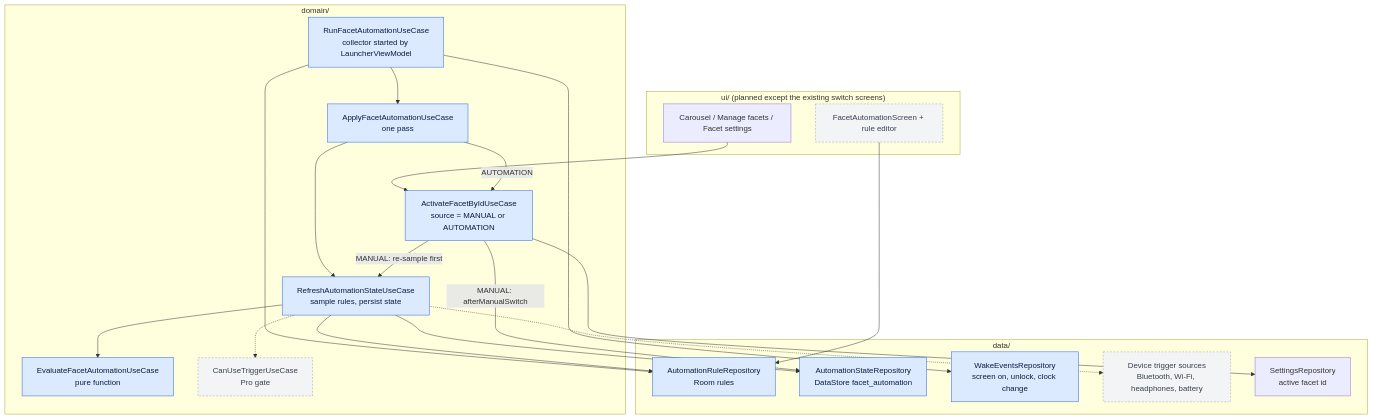
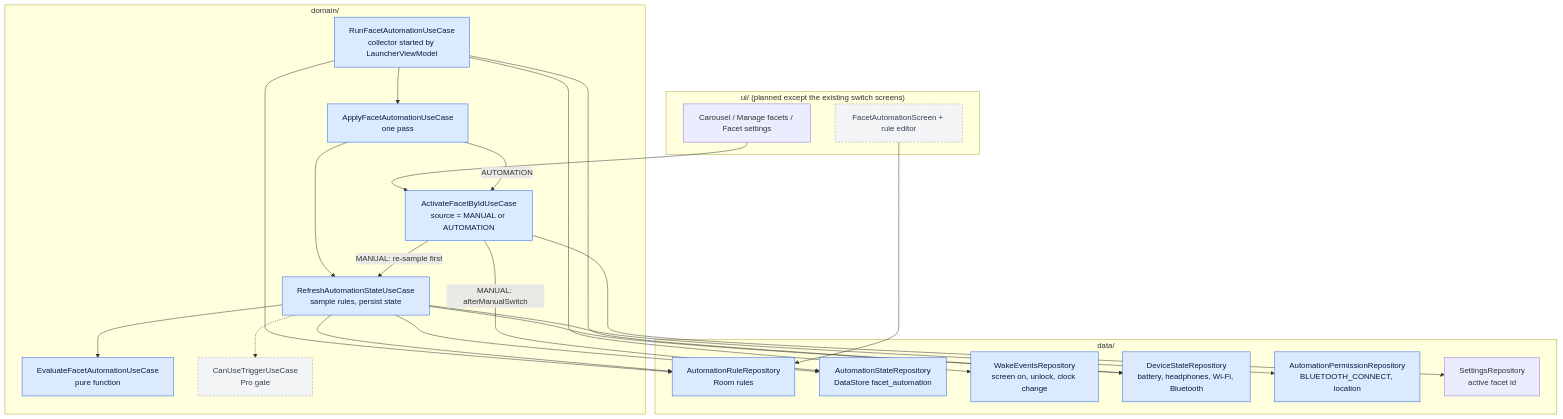
One commit to rohitganjam/facet-launcher changed the first of 4 diagrams in docs/architecture/15-flow-facet-automation.md. Above: the diagram before and after it, drawn with Mermaid. The commit also changed other lines of this file and 47 other files, not shown here.

First line of the commit message:
Add device trigger sources, permission repository and Permissions rows (phase 5)

````diff
--- a/docs/architecture/15-flow-facet-automation.md
+++ b/docs/architecture/15-flow-facet-automation.md
@@ -44,39 +44,42 @@
 ```mermaid
 flowchart TB
     subgraph UI["ui/ (planned except the existing switch screens)"]
         AUTO["FacetAutomationScreen + rule editor"]:::planned
         SW["Carousel / Manage facets / Facet settings"]
     end
     subgraph DOM["domain/"]
         EVAL["EvaluateFacetAutomationUseCase\npure function"]:::built
         ACT["ActivateFacetByIdUseCase\nsource = MANUAL or AUTOMATION"]:::built
         CAN["CanUseTriggerUseCase\nPro gate"]:::planned
         REF["RefreshAutomationStateUseCase\nsample rules, persist state"]:::built
         APPLY["ApplyFacetAutomationUseCase\none pass"]:::built
         RUN["RunFacetAutomationUseCase\ncollector started by LauncherViewModel"]:::built
     end
     subgraph DATA["data/"]
         RR["AutomationRuleRepository\nRoom rules"]:::built
         SR["AutomationStateRepository\nDataStore facet_automation"]:::built
         WAKE["WakeEventsRepository\nscreen on, unlock, clock change"]:::built
-        TS["Device trigger sources\nBluetooth, Wi-Fi, headphones, battery"]:::planned
+        DEV["DeviceStateRepository\nbattery, headphones, Wi-Fi, Bluetooth"]:::built
+        PERM["AutomationPermissionRepository\nBLUETOOTH_CONNECT, location"]:::built
         SET["SettingsRepository\nactive facet id"]
     end
     SW --> ACT
     AUTO --> RR
     RUN --> APPLY
     RUN --> WAKE
     RUN --> RR
     APPLY --> REF
     APPLY -- "AUTOMATION" --> ACT
     REF --> EVAL
     REF --> RR
     REF --> SR
-    REF -.-> TS
+    REF --> DEV
+    REF --> PERM
+    RUN --> DEV
     REF -.-> CAN
     ACT -- "MANUAL: re-sample first" --> REF
     ACT -- "MANUAL: afterManualSwitch" --> SR
     ACT --> SET
     classDef built fill:#dbeafe,stroke:#2563eb,color:#0b1b3f
     classDef planned fill:#f3f4f6,stroke:#9ca3af,stroke-dasharray: 4 3,color:#374151
 ```
````
